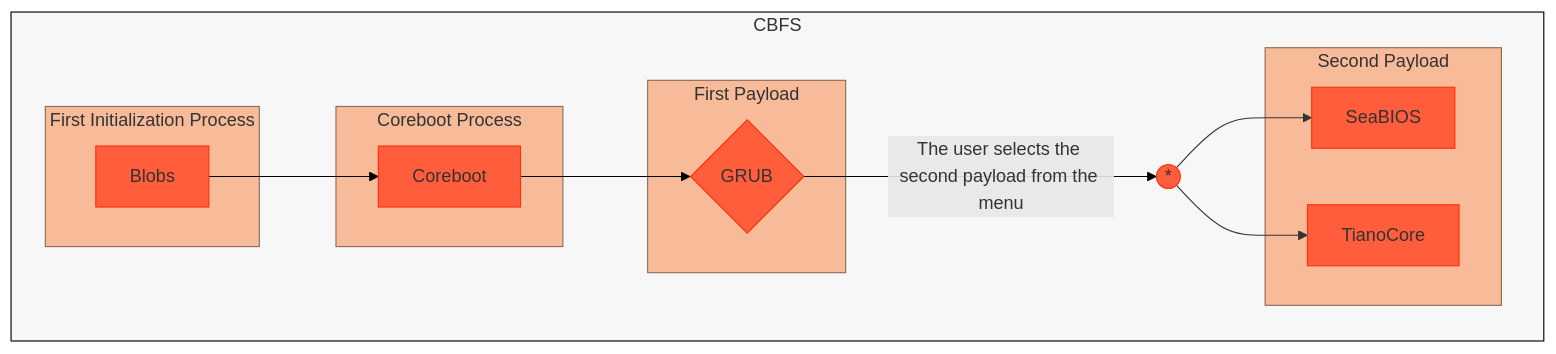
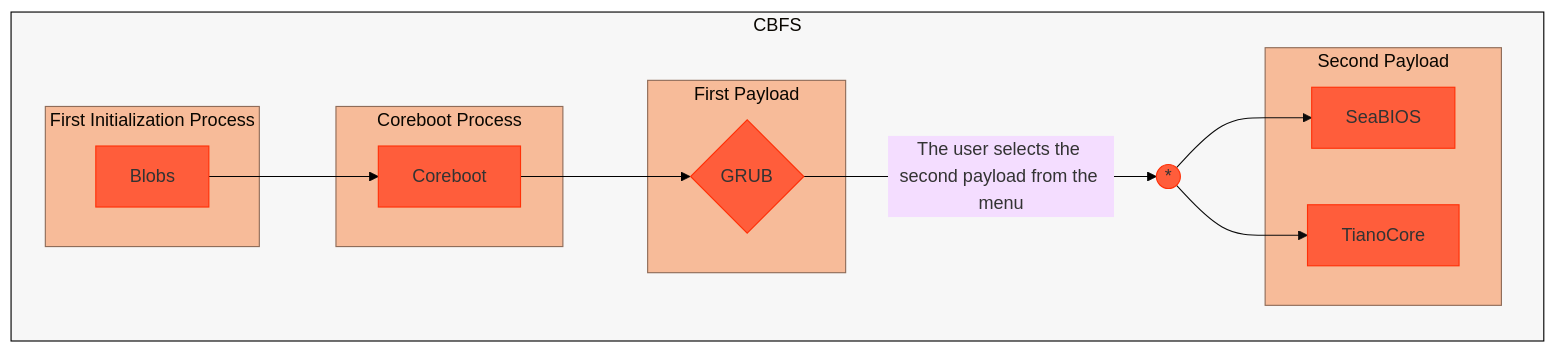
The diagram in README.md (Ch3ckm4t3C1ph3r/Lenovo-Ideapad-320-14ISK-_Coreboot-Adaptation_), drawn with Mermaid before and after one commit.

Commit message:
Add Mermaid configuration to README for flowchart

````diff
--- a/README.md
+++ b/README.md
@@ -104,40 +104,44 @@
 ```mermaid
+---
+config:
+  theme: 'base'
+---
 flowchart LR;
     %% Definition of style (and class of style) of each element by id (or by class name)
     style cbfs fill:#f7f7f7,stroke:#000000,stroke-width:1px;
     classDef sbgStyle fill:#F7BB99,stroke:#8F6C59,stroke-width:1px
     classDef nodeStyle fill:#FF5D3B,stroke:#FF3008,stroke-width:1px
     classDef edgeStyle fill:#000000,stroke:#000000,stroke-width:1px
     
     subgraph cbfs[CBFS]
         direction LR
 
         %% Not publicly documented boot process
         subgraph sbg1[First Initialization Process]
         n1[Blobs]
         end
 
         n1[Blobs] e1@--> n2[Coreboot]
 
         subgraph sbg2[Coreboot Process]
         n2[Coreboot]
         end
     
         n2[Coreboot] e2@--> p1{GRUB}
     
         subgraph sbg3[First Payload]
         p1{GRUB}
         end
         
         p1{GRUB} e3@--The user selects the second payload from the menu--> UNION((*)) e4@--> p2_1[SeaBIOS] & p2_2[TianoCore]
     
         subgraph sbg4[Second Payload]
         p2_1[SeaBIOS] & p2_2[TianoCore]
         end
     end
 
     %% Defining the members of each class
     class sbg1,sbg2,sbg3,sbg4 sbgStyle
     class n1,n2,p1,p2_1,p2_2,UNION nodeStyle
     class e1,e2,e3 edgeStyle
 ```
````
